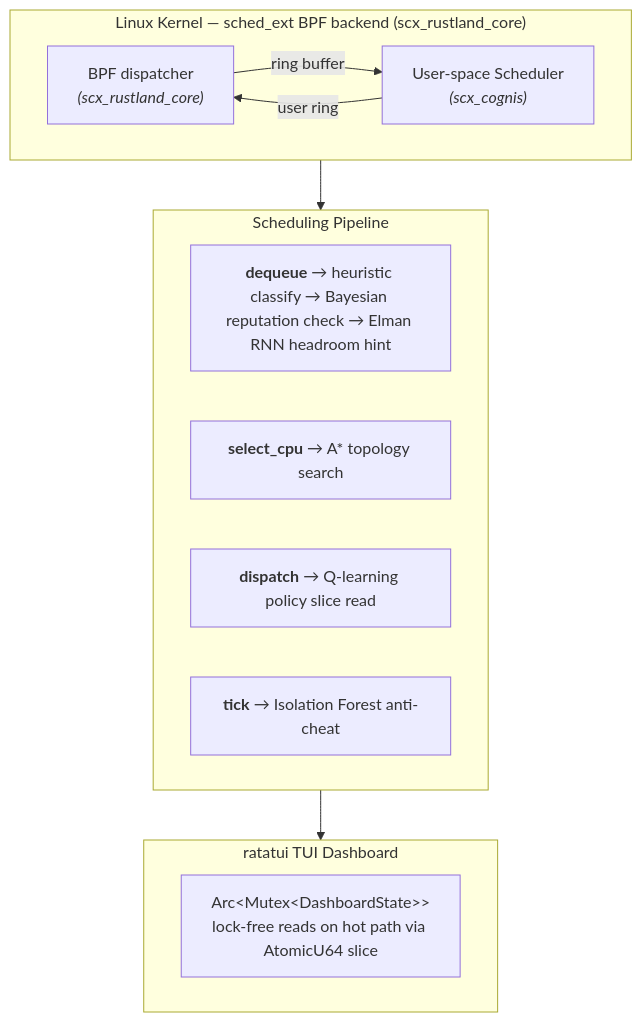
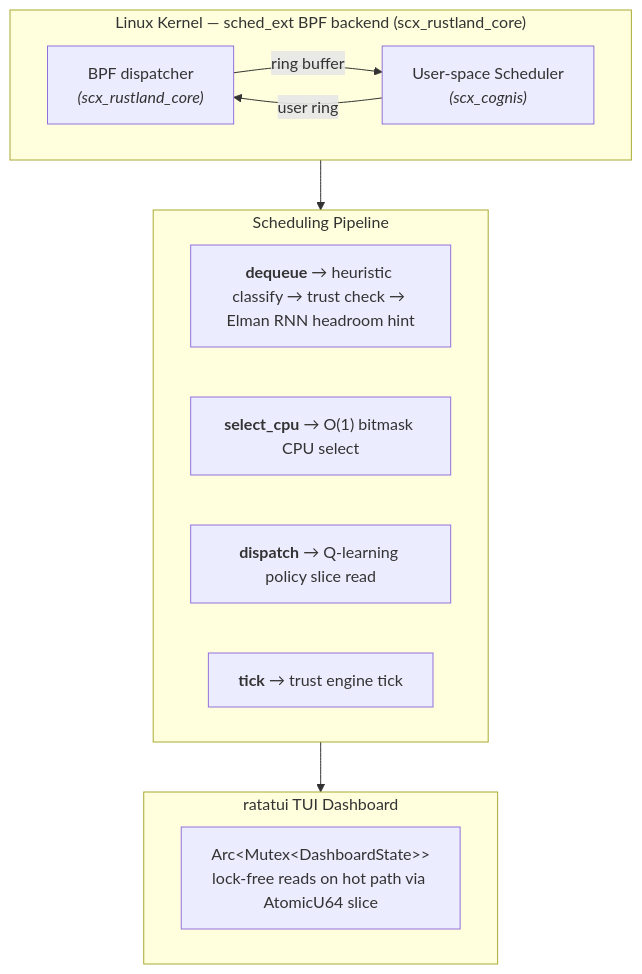
The diagram in README.md (galpt/scx_cognis), drawn with Mermaid before and after one commit. The commit also changed other lines of this file and 14 other files, not shown here.

Commit message:
overhaul: replace A*, Isolation Forest, Bayesian with O(1) fixed-table architecture

````diff
--- a/README.md
+++ b/README.md
@@ -291,27 +290,27 @@
 ```mermaid
 flowchart TD
     subgraph Kernel["Linux Kernel — sched_ext BPF backend (scx_rustland_core)"]
         direction LR
         BPF["`BPF dispatcher
         *(scx_rustland_core)*`"]
         US["`User-space Scheduler
         *(scx_cognis)*`"]
         BPF -- "ring buffer" --> US
         US -- "user ring" --> BPF
     end
 
     subgraph Pipeline["Scheduling Pipeline"]
-        P1["`**dequeue** → heuristic classify → Bayesian reputation check → Elman RNN headroom hint`"]
-        P2["`**select_cpu** → A\* topology search`"]
+        P1["`**dequeue** → heuristic classify → trust check → Elman RNN headroom hint`"]
+        P2["`**select_cpu** → O(1) bitmask CPU select`"]
         P3["`**dispatch** → Q-learning policy slice read`"]
-        P4["`**tick** → Isolation Forest anti-cheat`"]
+        P4["`**tick** → trust engine tick`"]
     end
 
     subgraph TUI["ratatui TUI Dashboard"]
         DS["`Arc&lt;Mutex&lt;DashboardState&gt;&gt;
         lock-free reads on hot path via AtomicU64 slice`"]
     end
 
     Kernel --> Pipeline
     Pipeline --> TUI
 ```
````
